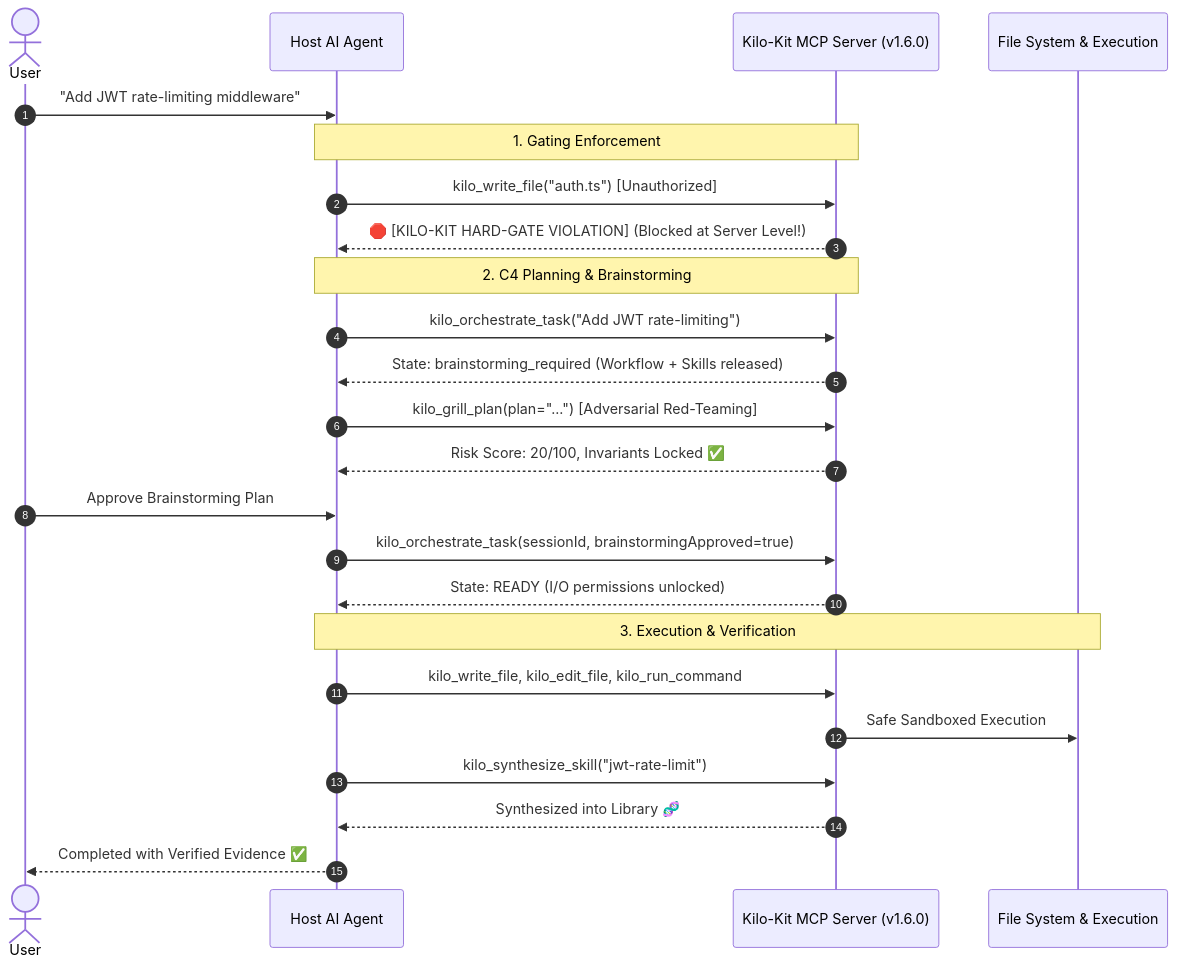
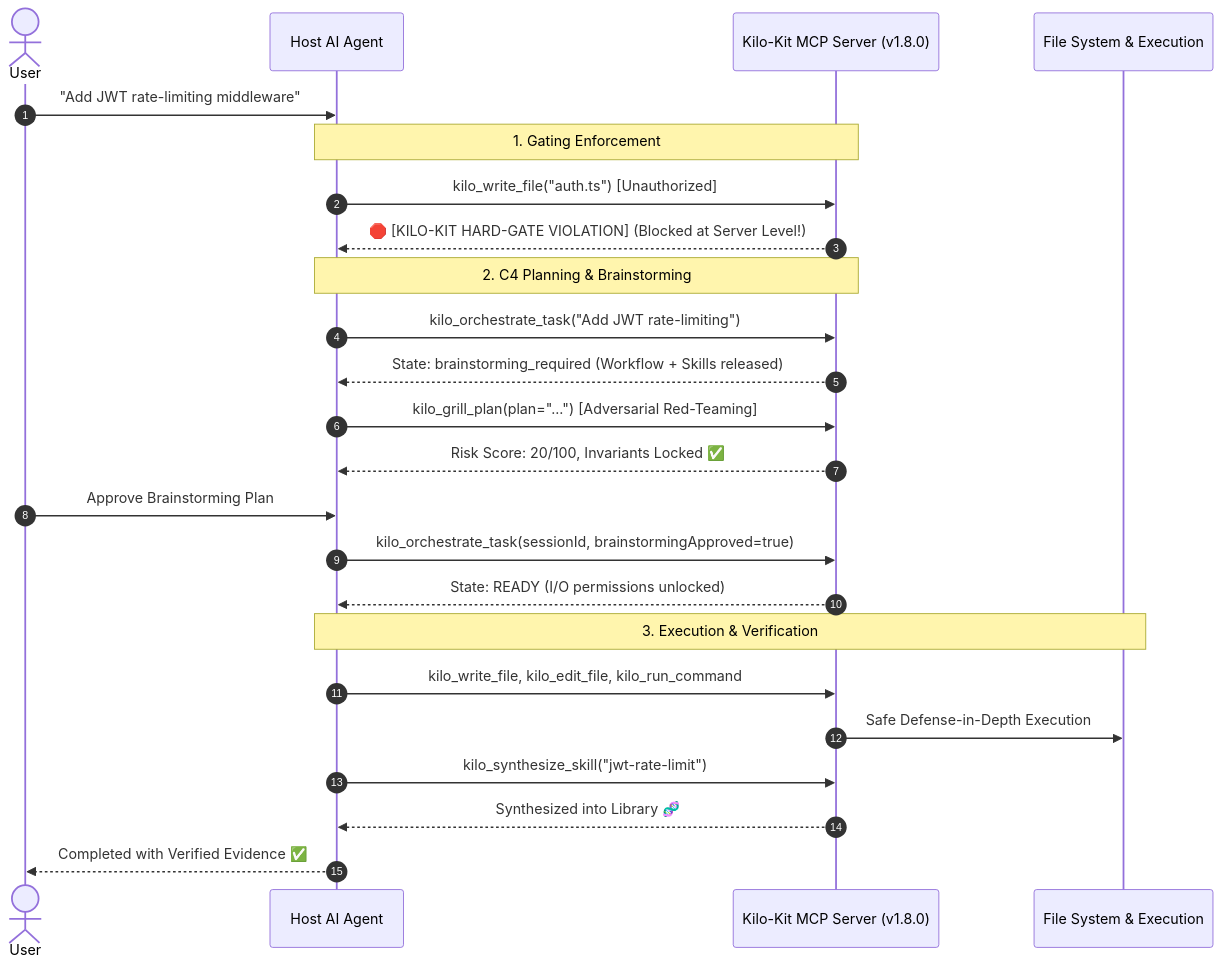
One commit to VoDaiLocz/kilo-kit-mcp changed the diagram in README.md. Above: the diagram before and after it, drawn with Mermaid. The commit also changed other lines of this file and 9 other files, not shown here.

````diff
--- a/README.md
+++ b/README.md
@@ -83,30 +83,30 @@
 ```mermaid
 sequenceDiagram
     autonumber
     actor User
     participant Agent as Host AI Agent
-    participant MCP as Kilo-Kit MCP Server (v1.6.0)
+    participant MCP as Kilo-Kit MCP Server (v1.8.0)
     participant Disk as File System & Execution
 
     User->>Agent: "Add JWT rate-limiting middleware"
     Note over Agent,MCP: 1. Gating Enforcement
     Agent->>MCP: kilo_write_file("auth.ts") [Unauthorized]
     MCP-->>Agent: 🛑 [KILO-KIT HARD-GATE VIOLATION] (Blocked at Server Level!)
     
     Note over Agent,MCP: 2. C4 Planning & Brainstorming
     Agent->>MCP: kilo_orchestrate_task("Add JWT rate-limiting")
     MCP-->>Agent: State: brainstorming_required (Workflow + Skills released)
     Agent->>MCP: kilo_grill_plan(plan="...") [Adversarial Red-Teaming]
     MCP-->>Agent: Risk Score: 20/100, Invariants Locked ✅
     
     User->>Agent: Approve Brainstorming Plan
     Agent->>MCP: kilo_orchestrate_task(sessionId, brainstormingApproved=true)
     MCP-->>Agent: State: READY (I/O permissions unlocked)
 
     Note over Agent,Disk: 3. Execution & Verification
     Agent->>MCP: kilo_write_file, kilo_edit_file, kilo_run_command
-    MCP->>Disk: Safe Sandboxed Execution
+    MCP->>Disk: Safe Defense-in-Depth Execution
     Agent->>MCP: kilo_synthesize_skill("jwt-rate-limit")
     MCP-->>Agent: Synthesized into Library 🧬
     Agent-->>User: Completed with Verified Evidence ✅
 ```
````
